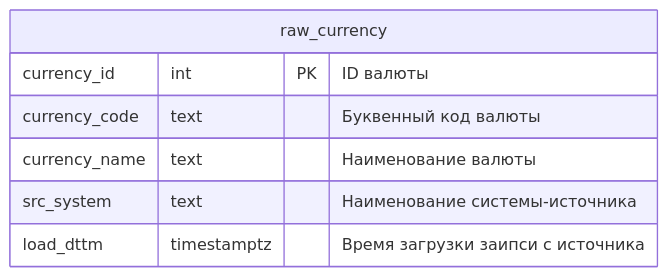
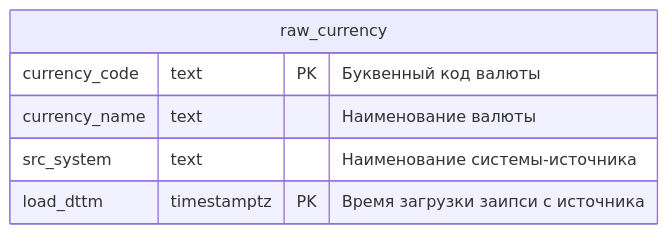
Before and after one commit to vgorbikov/dq-practice: the fourth of 12 diagrams in docs/db_schema/Сырые данные.md, drawn with Mermaid. The commit also changed other lines of this file and 2 other files, not shown here.

Commit message:
fix db-schema

````diff
--- a/docs/db_schema/Сырые данные.md
+++ b/docs/db_schema/Сырые данные.md
@@ -78,12 +78,11 @@
 ```mermaid
 erDiagram
 
 raw_currency {
-    currency_id int PK "ID валюты"
-    currency_code text "Буквенный код валюты"
+    currency_code text PK "Буквенный код валюты"
     currency_name text "Наименование валюты"
     src_system text "Наименование системы-источника"
-    load_dttm timestamptz "Время загрузки заипси с источника"
+    load_dttm timestamptz PK "Время загрузки заипси с источника"
 }
 
 ```
````
